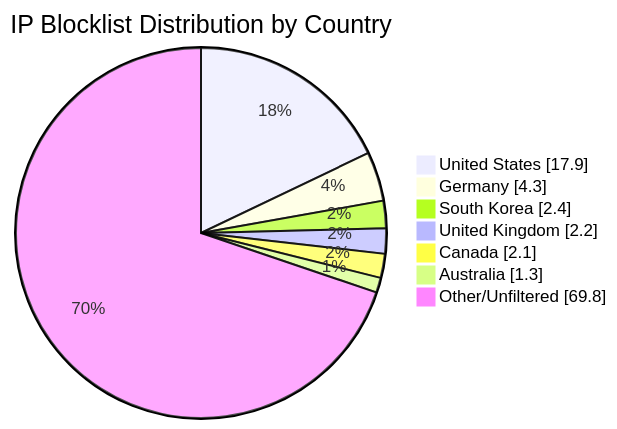
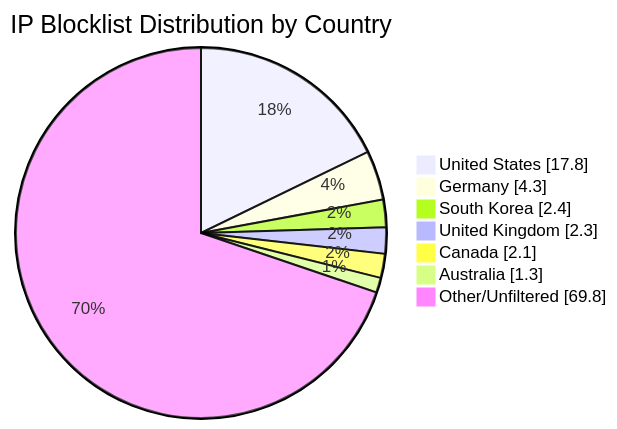
The diagram in README.md (MarcusHoltz/ipblocklist-geofiltered-aggregator), drawn with Mermaid before and after one commit. The commit also changed other lines of this file and 9 other files, not shown here.

````diff
--- a/README.md
+++ b/README.md
@@ -34,10 +34,10 @@
 ```mermaid
 pie showData title IP Blocklist Distribution by Country
-"United States" : 17.9
+"United States" : 17.8
 "Germany" : 4.3
 "South Korea" : 2.4
-"United Kingdom" : 2.2
+"United Kingdom" : 2.3
 "Canada" : 2.1
 "Australia" : 1.3
 "Other/Unfiltered" : 69.8
 ```
````
